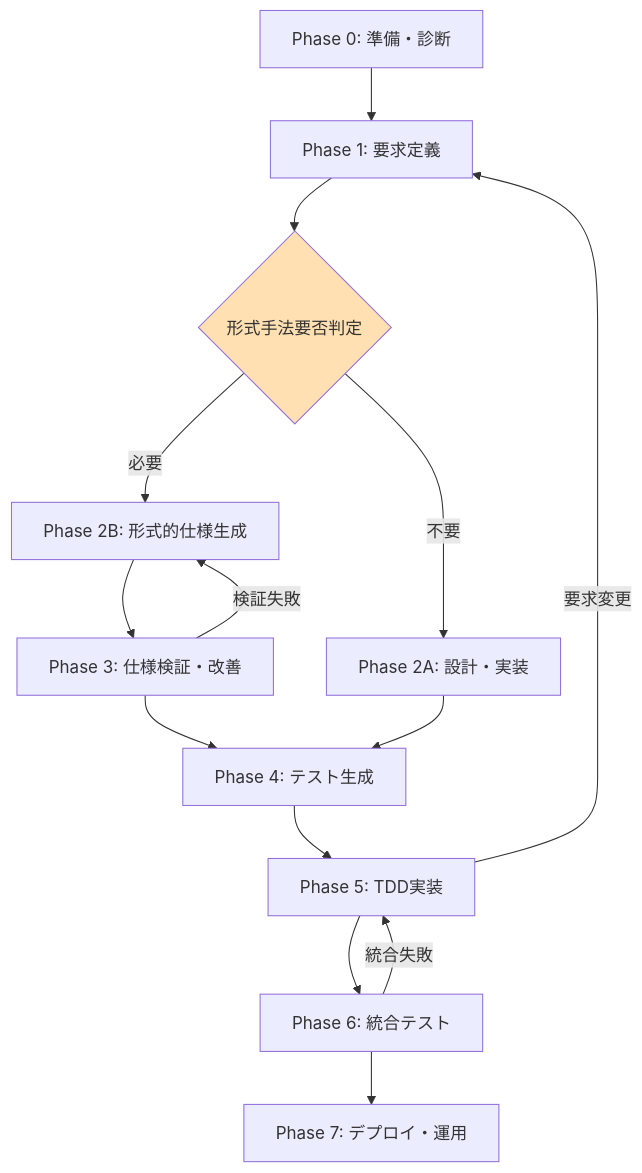
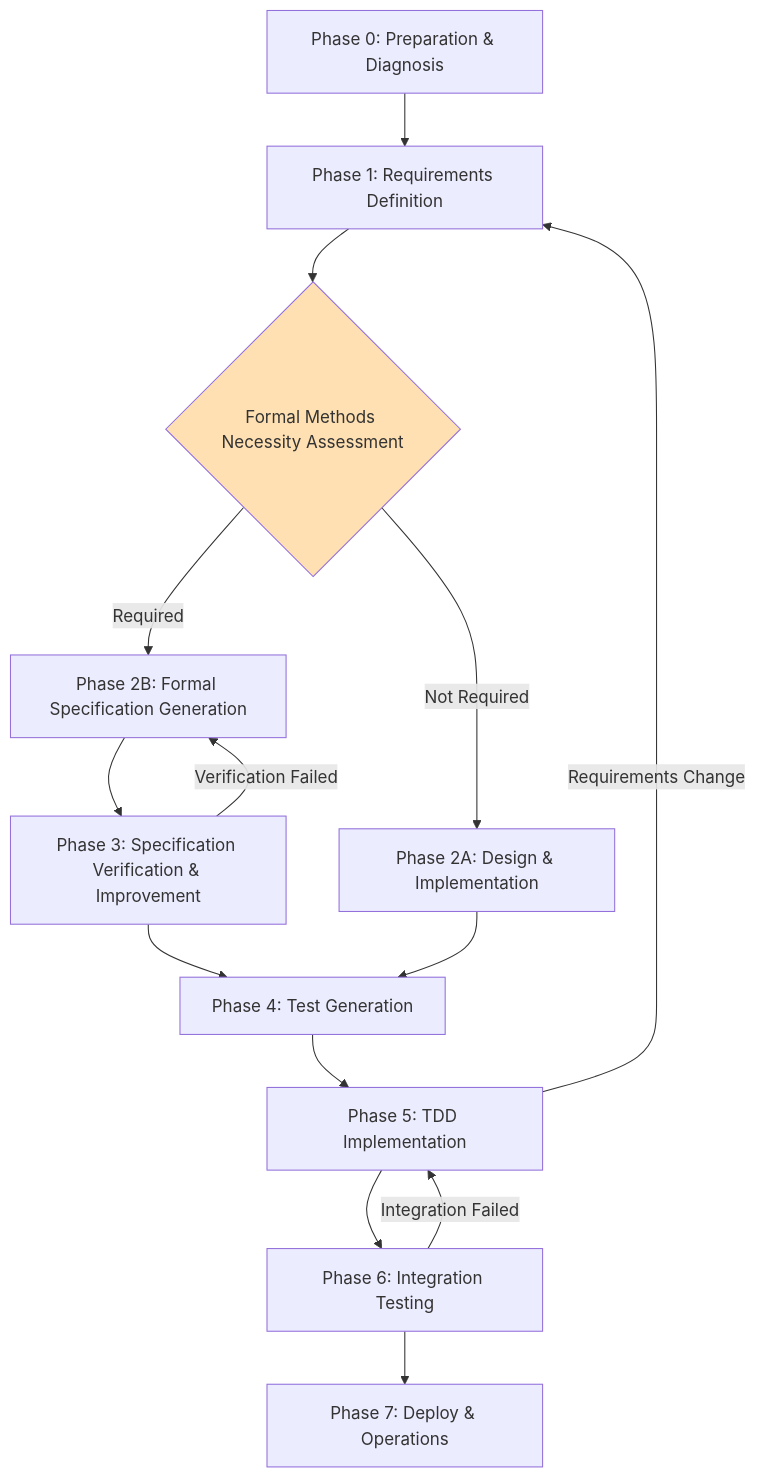
The first of 3 diagrams in docs/ai-chat-driven-development-guide.md (itdojp/RigorFlow), drawn with Mermaid before and after one commit. The commit also changed other lines of this file and 15 other files, not shown here.

````diff
--- a/docs/ai-chat-driven-development-guide.md
+++ b/docs/ai-chat-driven-development-guide.md
@@ -7,19 +7,19 @@
 ```mermaid
 graph TD
-    A[Phase 0: 準備・診断] --> B[Phase 1: 要求定義]
-    B --> C{形式手法要否判定}
-    C -->|不要| E1[Phase 2A: 設計・実装]
-    C -->|必要| D[Phase 2B: 形式的仕様生成]
-    D --> E[Phase 3: 仕様検証・改善]
-    E --> F[Phase 4: テスト生成]
+    A[Phase 0: Preparation & Diagnosis] --> B[Phase 1: Requirements Definition]
+    B --> C{Formal Methods Necessity Assessment}
+    C -->|Not Required| E1[Phase 2A: Design & Implementation]
+    C -->|Required| D[Phase 2B: Formal Specification Generation]
+    D --> E[Phase 3: Specification Verification & Improvement]
+    E --> F[Phase 4: Test Generation]
     E1 --> F
-    F --> G[Phase 5: TDD実装]
-    G --> H[Phase 6: 統合テスト]
-    H --> I[Phase 7: デプロイ・運用]
+    F --> G[Phase 5: TDD Implementation]
+    G --> H[Phase 6: Integration Testing]
+    H --> I[Phase 7: Deploy & Operations]
     
-    E -->|検証失敗| D
-    G -->|要求変更| B
-    H -->|統合失敗| G
+    E -->|Verification Failed| D
+    G -->|Requirements Change| B
+    H -->|Integration Failed| G
     
     style C fill:#ffe0b2
 ```
````
